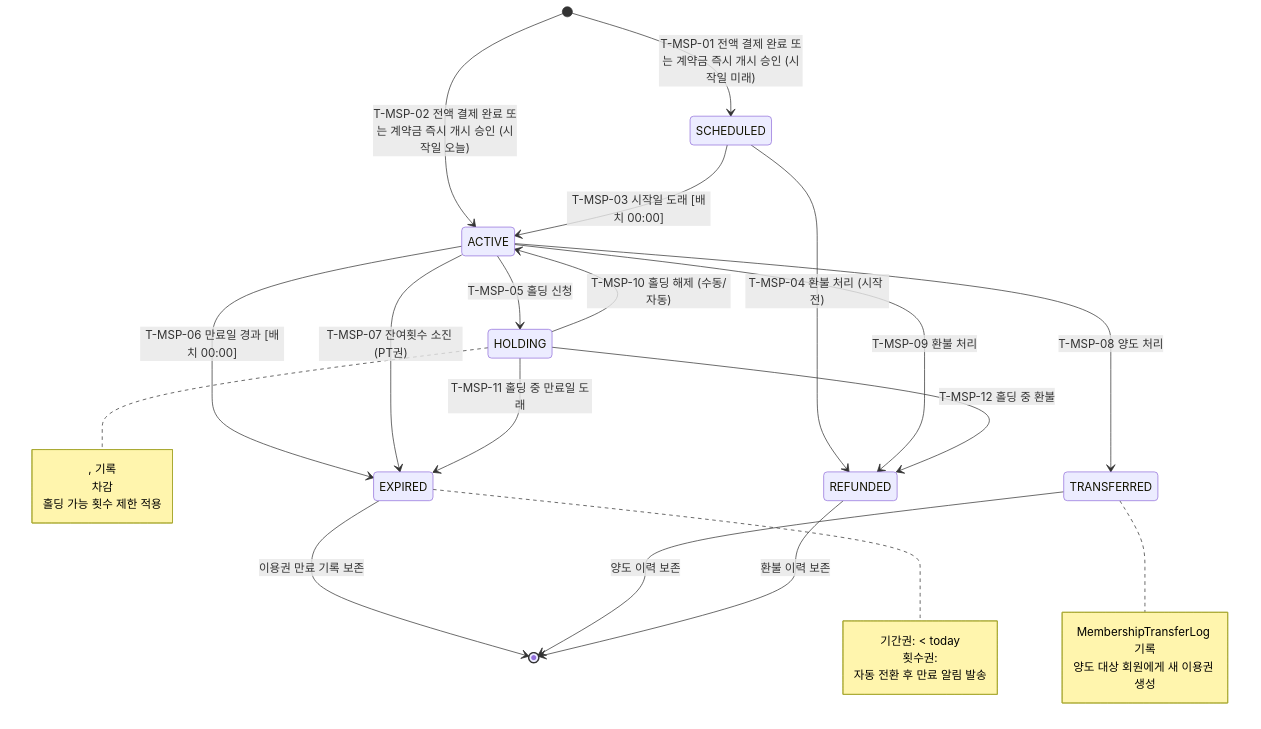
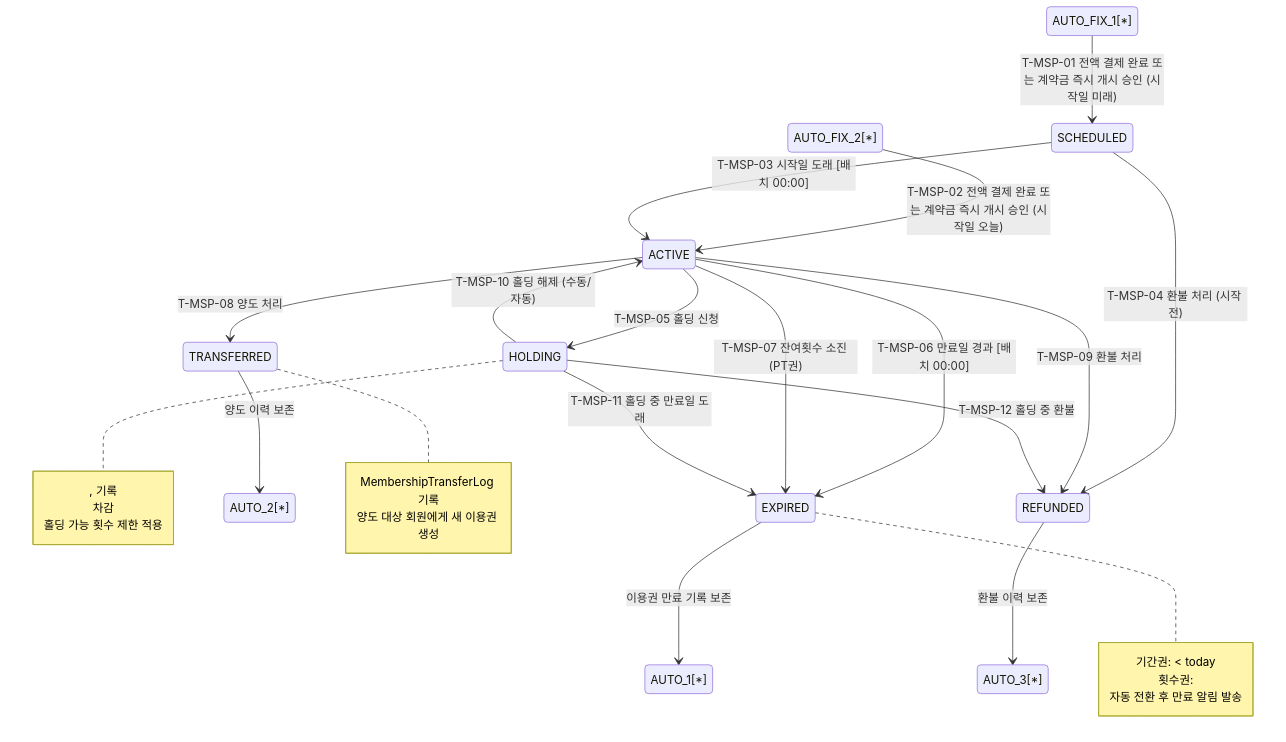
One commit to dev-spogym/admin-pando changed the diagram in docs/admin/다이어그램/20_상태전이도/20-02_MembershipStatus.md. Above: the diagram before and after it, drawn with Mermaid. The commit also changed 369 other files, not shown here.

````diff
--- a/docs/admin/다이어그램/20_상태전이도/20-02_MembershipStatus.md
+++ b/docs/admin/다이어그램/20_상태전이도/20-02_MembershipStatus.md
@@ -33,39 +33,39 @@
 ```mermaid
 stateDiagram-v2
-    [*] --> SCHEDULED : T-MSP-01 전액 결제 완료 또는 계약금 즉시 개시 승인 (시작일 미래)
-    [*] --> ACTIVE : T-MSP-02 전액 결제 완료 또는 계약금 즉시 개시 승인 (시작일 오늘)
+    AUTO_FIX_1[*] --> SCHEDULED : T-MSP-01 전액 결제 완료 또는 계약금 즉시 개시 승인 (시작일 미래)
+    AUTO_FIX_2[*] --> ACTIVE : T-MSP-02 전액 결제 완료 또는 계약금 즉시 개시 승인 (시작일 오늘)
 
     SCHEDULED --> ACTIVE : T-MSP-03 시작일 도래 [배치 00:00]
     SCHEDULED --> REFUNDED : T-MSP-04 환불 처리 (시작 전)
 
     ACTIVE --> HOLDING : T-MSP-05 홀딩 신청
     ACTIVE --> EXPIRED : T-MSP-06 만료일 경과 [배치 00:00]
     ACTIVE --> EXPIRED : T-MSP-07 잔여횟수 소진 (PT권)
     ACTIVE --> TRANSFERRED : T-MSP-08 양도 처리
     ACTIVE --> REFUNDED : T-MSP-09 환불 처리
 
     HOLDING --> ACTIVE : T-MSP-10 홀딩 해제 (수동/자동)
     HOLDING --> EXPIRED : T-MSP-11 홀딩 중 만료일 도래
     HOLDING --> REFUNDED : T-MSP-12 홀딩 중 환불
 
-    EXPIRED --> [*] : 이용권 만료 기록 보존
-    TRANSFERRED --> [*] : 양도 이력 보존
-    REFUNDED --> [*] : 환불 이력 보존
+    EXPIRED --> AUTO_1[*] : 이용권 만료 기록 보존
+    TRANSFERRED --> AUTO_2[*] : 양도 이력 보존
+    REFUNDED --> AUTO_3[*] : 환불 이력 보존
 
     note right of HOLDING
         , 기록
          차감
         홀딩 가능 횟수 제한 적용
     end note
 
     note right of EXPIRED
         기간권: < today
         횟수권: 
         자동 전환 후 만료 알림 발송
     end note
 
     note right of TRANSFERRED
         MembershipTransferLog 기록
         양도 대상 회원에게 새 이용권 생성
     end note
 ```
````
